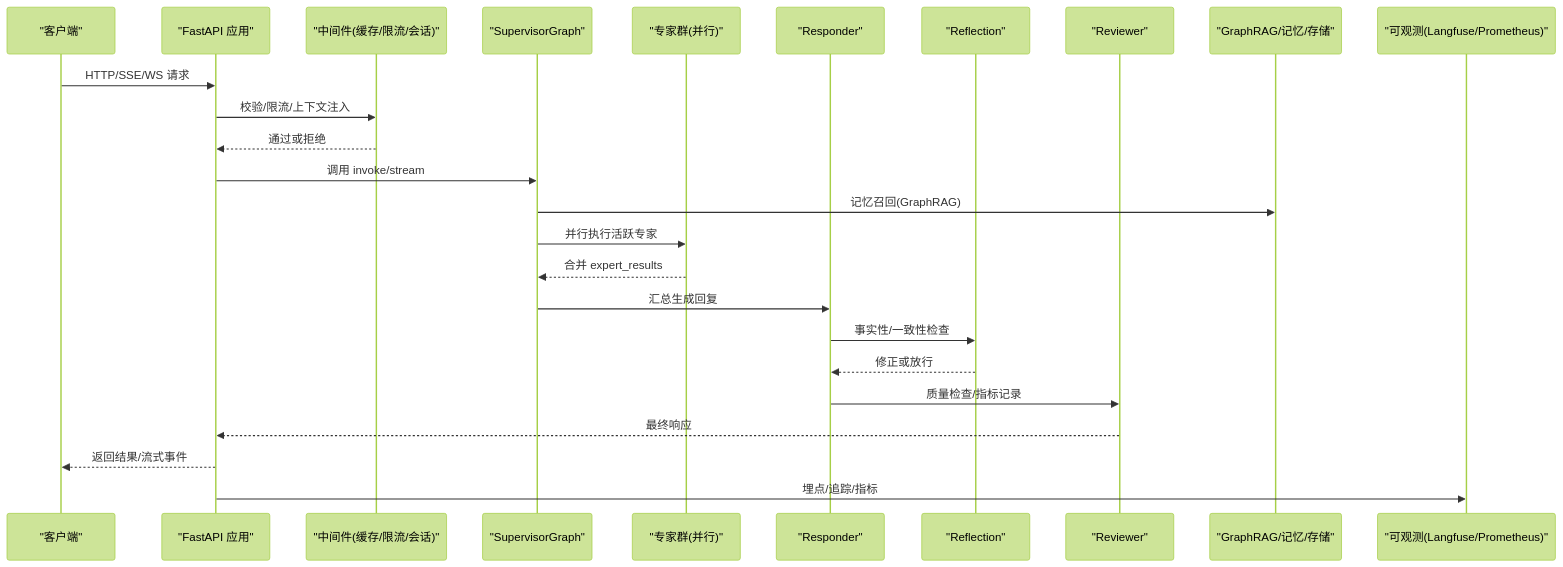
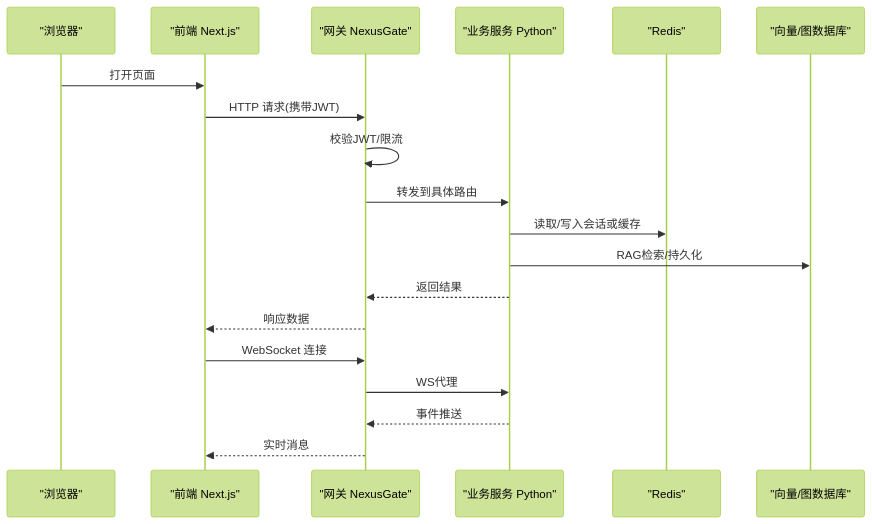
The second of 7 diagrams in .qoder/repowiki/zh/content/架构设计/架构设计.md (zmdhdu/NexusCockpit), drawn with Mermaid (forest theme) before and after one commit. The commit also changed other lines of this file and 535 other files, not shown here.

````diff
--- a/.qoder/repowiki/zh/content/架构设计/架构设计.md
+++ b/.qoder/repowiki/zh/content/架构设计/架构设计.md
@@ -121,27 +115,21 @@
 ```mermaid
 sequenceDiagram
-participant Client as "客户端"
-participant API as "FastAPI 应用"
-participant MW as "中间件(缓存/限流/会话)"
-participant AG as "SupervisorGraph"
-participant EXP as "专家群(并行)"
-participant RESP as "Responder"
-participant REF as "Reflection"
-participant REV as "Reviewer"
-participant DATA as "GraphRAG/记忆/存储"
-participant OBS as "可观测(Langfuse/Prometheus)"
-Client->>API : HTTP/SSE/WS 请求
-API->>MW : 校验/限流/上下文注入
-MW-->>API : 通过或拒绝
-API->>AG : 调用 invoke/stream
-AG->>DATA : 记忆召回(GraphRAG)
-AG->>EXP : 并行执行活跃专家
-EXP-->>AG : 合并 expert_results
-AG->>RESP : 汇总生成回复
-RESP->>REF : 事实性/一致性检查
-REF-->>RESP : 修正或放行
-RESP->>REV : 质量检查/指标记录
-REV-->>API : 最终响应
-API-->>Client : 返回结果/流式事件
-API->>OBS : 埋点/追踪/指标
+participant U as "浏览器"
+participant FE as "前端 Next.js"
+participant GW as "网关 NexusGate"
+participant PY as "业务服务 Python"
+participant REDIS as "Redis"
+participant DB as "向量/图数据库"
+U->>FE : 打开页面
+FE->>GW : HTTP 请求(携带JWT)
+GW->>GW : 校验JWT/限流
+GW->>PY : 转发到具体路由
+PY->>REDIS : 读取/写入会话或缓存
+PY->>DB : RAG检索/持久化
+PY-->>GW : 返回结果
+GW-->>FE : 响应数据
+FE->>GW : WebSocket 连接
+GW->>PY : WS代理
+PY-->>GW : 事件推送
+GW-->>FE : 实时消息
 ```
````
